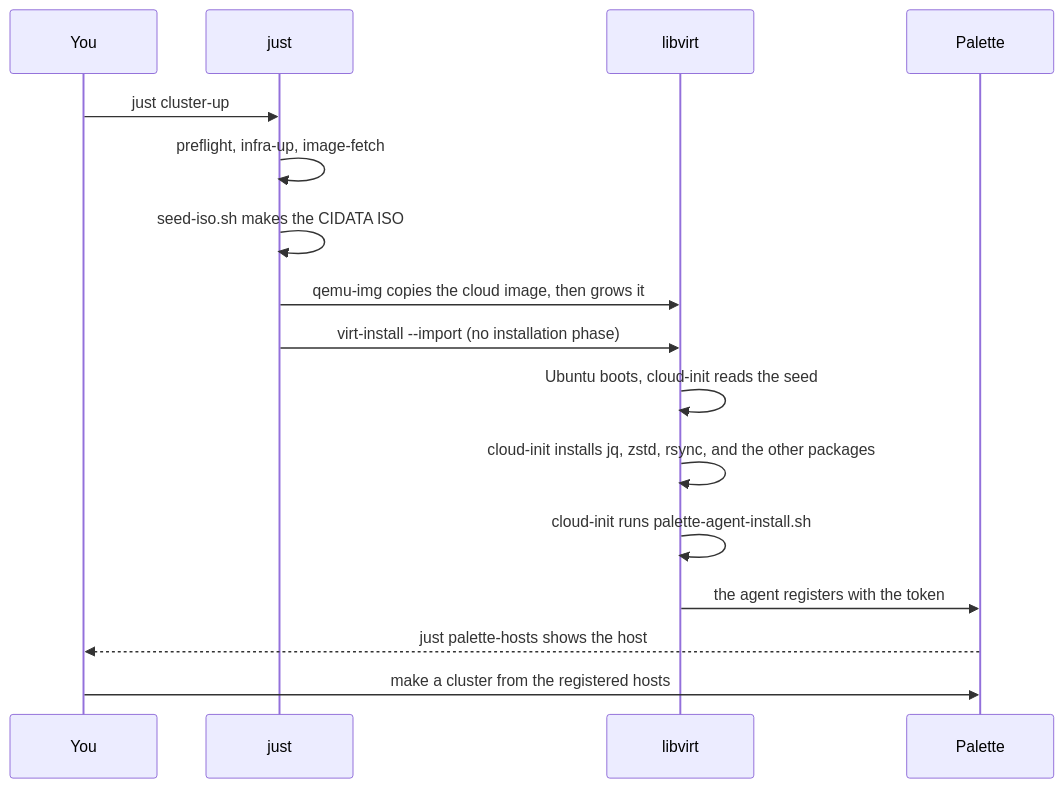
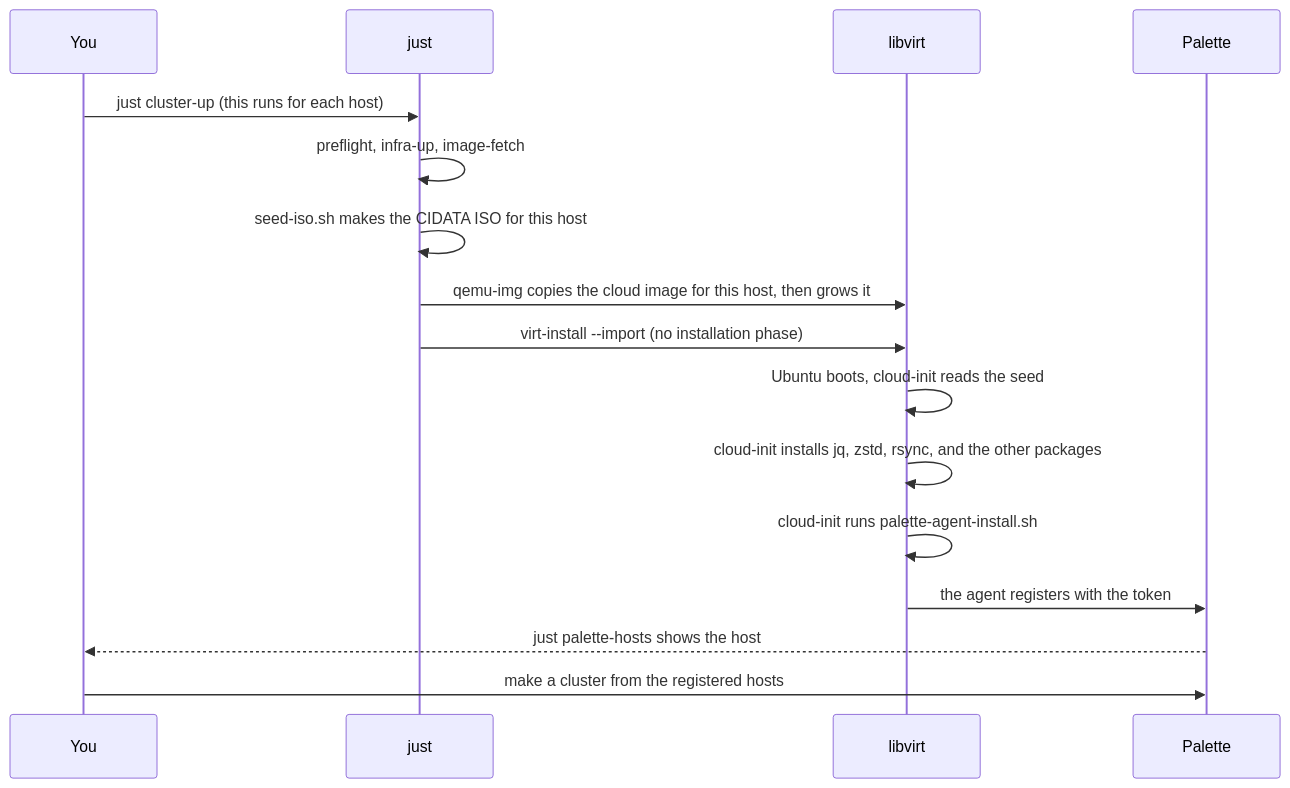
Before and after one commit to como-technologies/palette-edge-libvirt: the second of 2 diagrams in docs/src/architecture.md, drawn with Mermaid. The commit also changed other lines of this file and 5 other files, not shown here.

````diff
--- a/docs/src/architecture.md
+++ b/docs/src/architecture.md
@@ -54,19 +62,19 @@
 ```mermaid
 sequenceDiagram
     participant U as You
     participant J as just
     participant V as libvirt
     participant P as Palette
 
-    U->>J: just cluster-up
+    U->>J: just cluster-up (this runs for each host)
     J->>J: preflight, infra-up, image-fetch
-    J->>J: seed-iso.sh makes the CIDATA ISO
-    J->>V: qemu-img copies the cloud image, then grows it
+    J->>J: seed-iso.sh makes the CIDATA ISO for this host
+    J->>V: qemu-img copies the cloud image for this host, then grows it
     J->>V: virt-install --import (no installation phase)
     V->>V: Ubuntu boots, cloud-init reads the seed
     V->>V: cloud-init installs jq, zstd, rsync, and the other packages
     V->>V: cloud-init runs palette-agent-install.sh
     V->>P: the agent registers with the token
     P-->>U: just palette-hosts shows the host
     U->>P: make a cluster from the registered hosts
 ```
````
